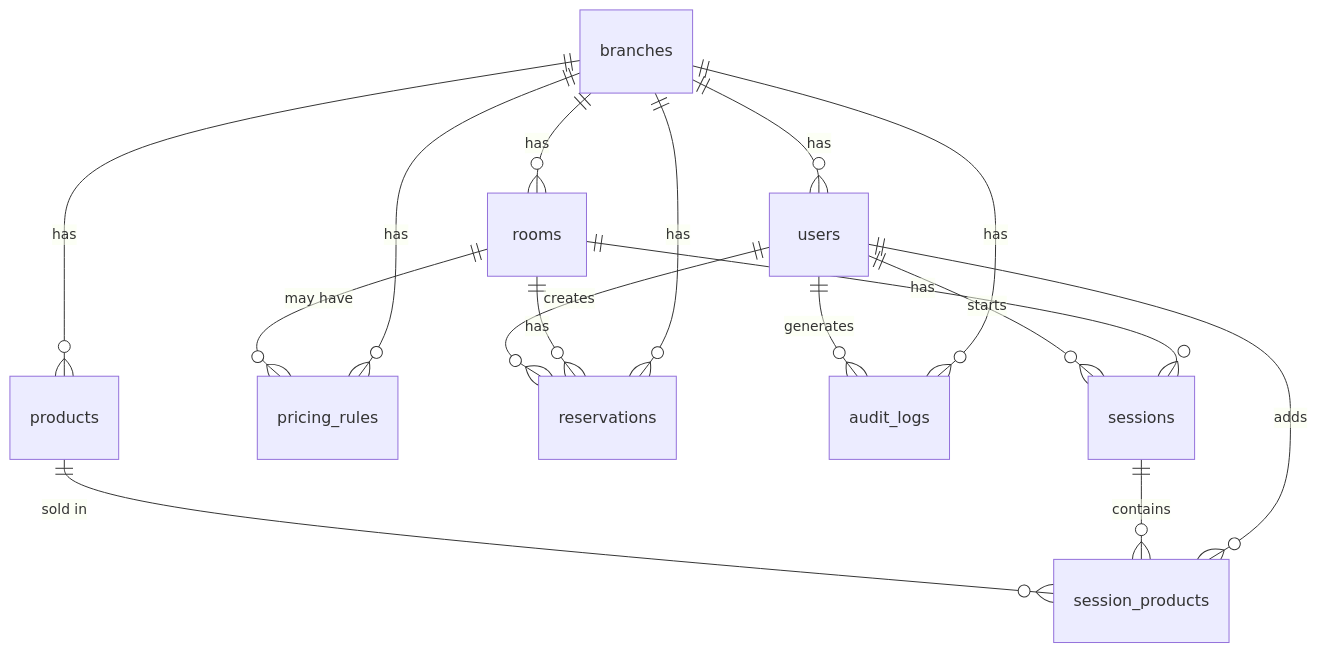
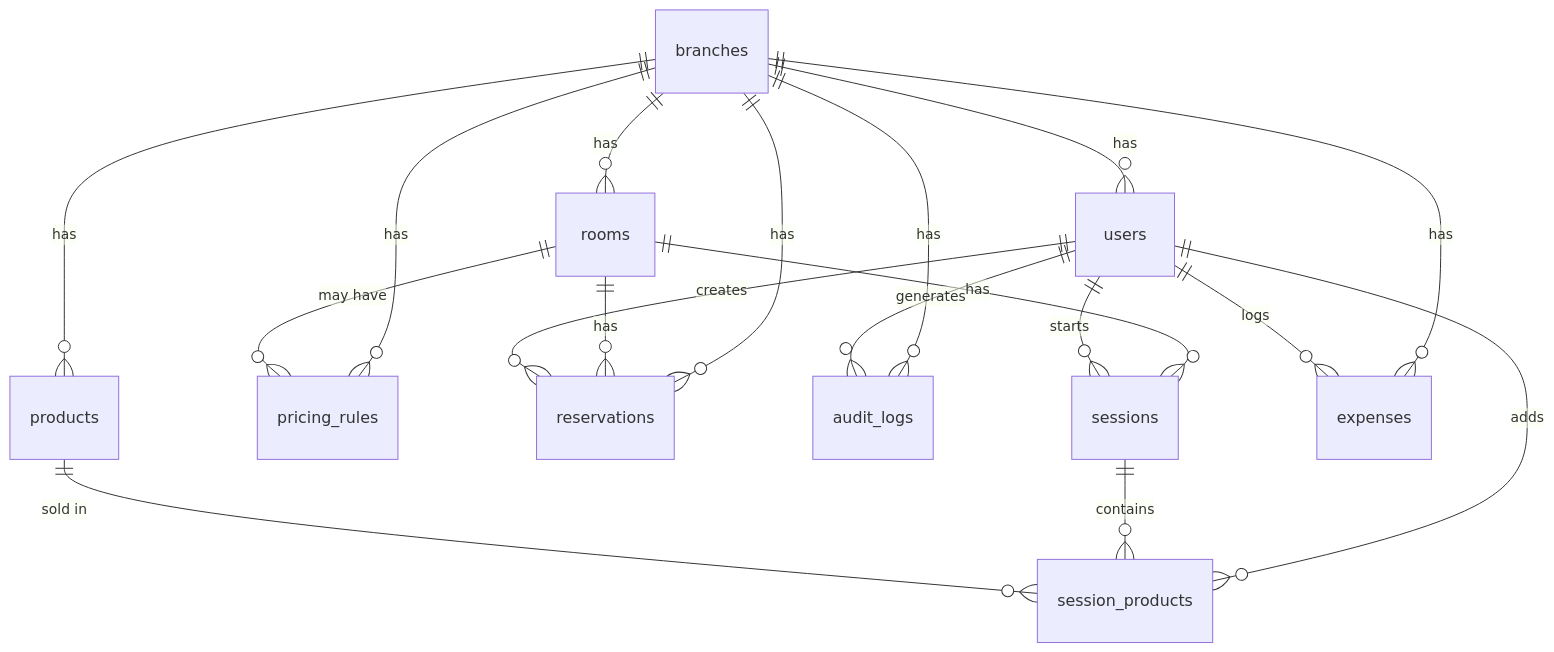
Before and after one commit to N-1408/viplimit: the diagram in database_map.md, drawn with Mermaid. The commit also changed other lines of this file and 16 other files, not shown here.

````diff
--- a/database_map.md
+++ b/database_map.md
@@ -22,21 +23,23 @@
 ```mermaid
 erDiagram
     branches ||--o{ users : "has"
     branches ||--o{ rooms : "has"
     branches ||--o{ products : "has"
     branches ||--o{ pricing_rules : "has"
     branches ||--o{ reservations : "has"
     branches ||--o{ audit_logs : "has"
     
     rooms ||--o{ sessions : "has"
     rooms ||--o{ reservations : "has"
     rooms ||--o{ pricing_rules : "may have"
     
     users ||--o{ sessions : "starts"
     users ||--o{ reservations : "creates"
     users ||--o{ session_products : "adds"
     users ||--o{ audit_logs : "generates"
     
     sessions ||--o{ session_products : "contains"
     products ||--o{ session_products : "sold in"
+    branches ||--o{ expenses : "has"
+    users ||--o{ expenses : "logs"
 ```
````
